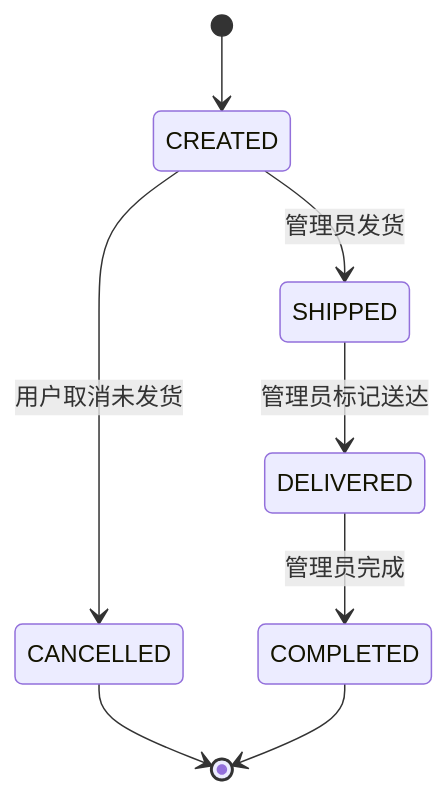
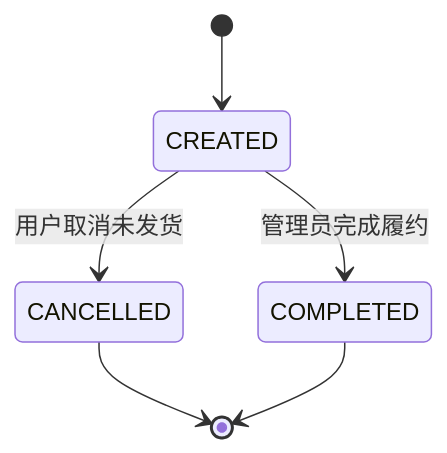
Before and after one commit to hqw77/E-Commerce-Agent: the first of 2 diagrams in docs/03-business-flows.md, drawn with Mermaid. The commit also changed other lines of this file and 15 other files, not shown here.

````diff
--- a/docs/03-business-flows.md
+++ b/docs/03-business-flows.md
@@ -97,10 +97,8 @@
 ```mermaid
 stateDiagram-v2
     [*] --> CREATED
     CREATED --> CANCELLED: 用户取消未发货
-    CREATED --> SHIPPED: 管理员发货
-    SHIPPED --> DELIVERED: 管理员标记送达
-    DELIVERED --> COMPLETED: 管理员完成
+    CREATED --> COMPLETED: 管理员完成履约
     CANCELLED --> [*]
     COMPLETED --> [*]
 ```
````
